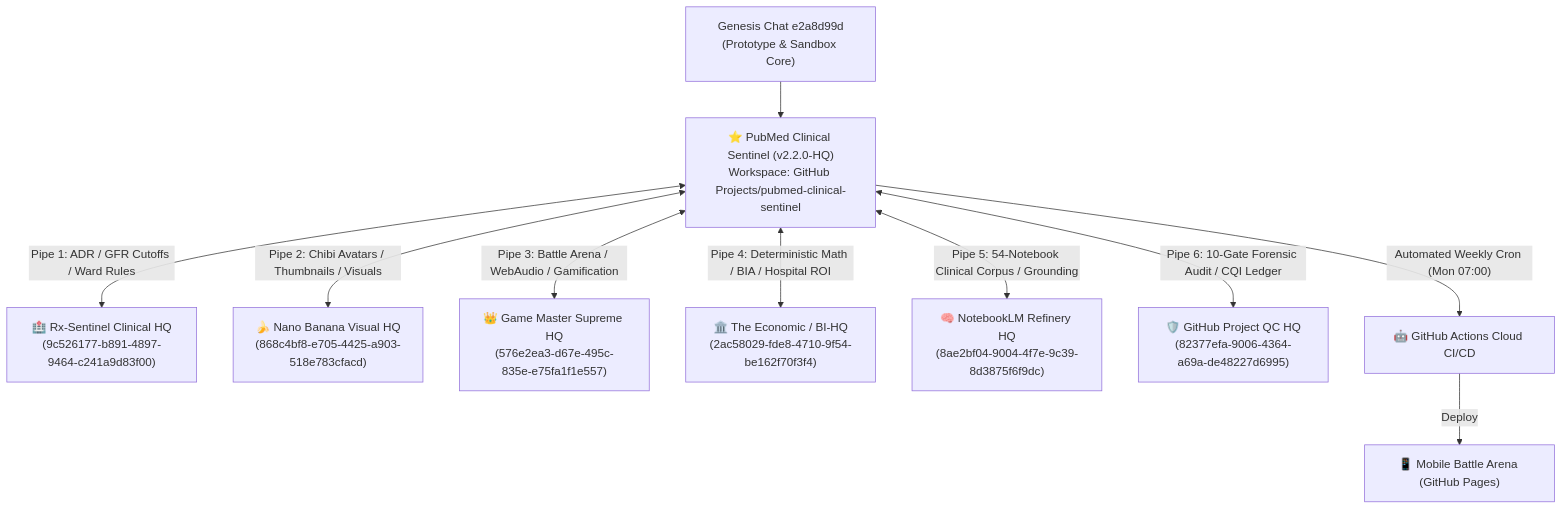
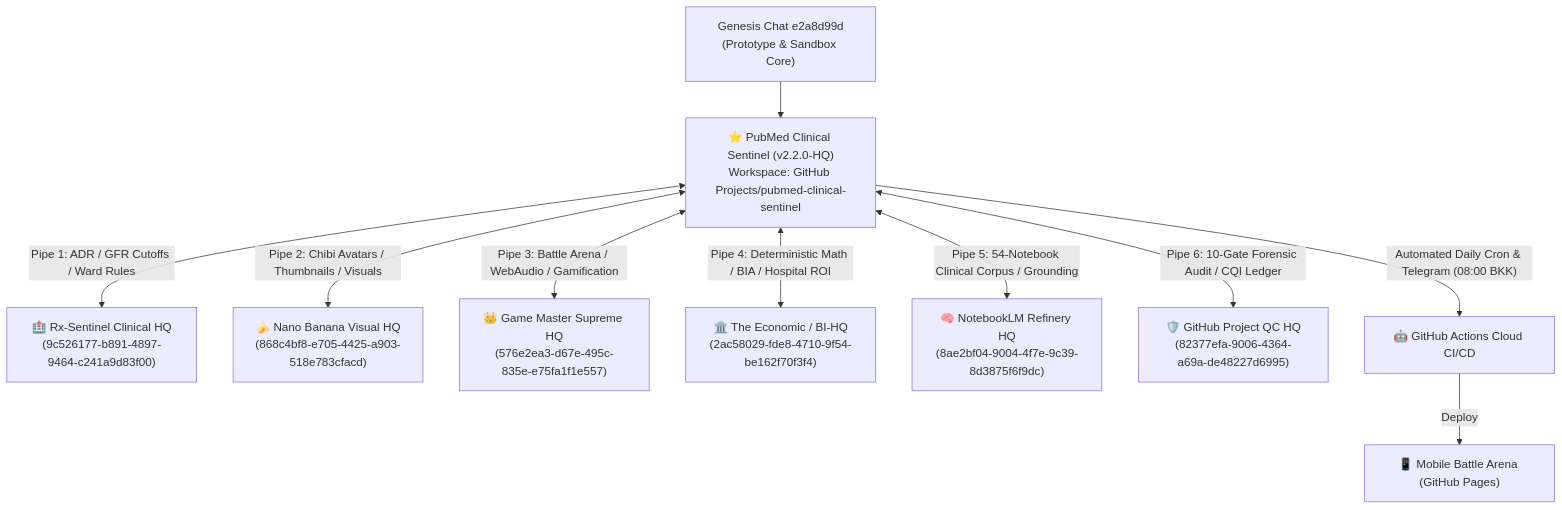
One commit to NutCodeLaw/pubmed-clinical-sentinel changed the diagram in ALLIED_HQ_HANDSHAKE_REGISTRY.md. Above: the diagram before and after it, drawn with Mermaid. The commit also changed other lines of this file and 8 other files, not shown here.

````diff
--- a/ALLIED_HQ_HANDSHAKE_REGISTRY.md
+++ b/ALLIED_HQ_HANDSHAKE_REGISTRY.md
@@ -23,14 +23,14 @@
 ```mermaid
 flowchart TD
     Origin["Genesis Chat e2a8d99d<br/>(Prototype & Sandbox Core)"] --> Sentinel["⭐ PubMed Clinical Sentinel (v2.2.0-HQ)<br/>Workspace: GitHub Projects/pubmed-clinical-sentinel"]
     
     Sentinel <-->|"Pipe 1: ADR / GFR Cutoffs / Ward Rules"| RxHQ["🏥 Rx-Sentinel Clinical HQ<br/>(9c526177-b891-4897-9464-c241a9d83f00)"]
     Sentinel <-->|"Pipe 2: Chibi Avatars / Thumbnails / Visuals"| VisualHQ["🍌 Nano Banana Visual HQ<br/>(868c4bf8-e705-4425-a903-518e783cfacd)"]
     Sentinel <-->|"Pipe 3: Battle Arena / WebAudio / Gamification"| GameHQ["👑 Game Master Supreme HQ<br/>(576e2ea3-d67e-495c-835e-e75fa1f1e557)"]
     Sentinel <-->|"Pipe 4: Deterministic Math / BIA / Hospital ROI"| BIHQ["🏛️ The Economic / BI-HQ<br/>(2ac58029-fde8-4710-9f54-be162f70f3f4)"]
     Sentinel <-->|"Pipe 5: 54-Notebook Clinical Corpus / Grounding"| NLMHQ["🧠 NotebookLM Refinery HQ<br/>(8ae2bf04-9004-4f7e-9c39-8d3875f6f9dc)"]
     Sentinel <-->|"Pipe 6: 10-Gate Forensic Audit / CQI Ledger"| QCHQ["🛡️ GitHub Project QC HQ<br/>(82377efa-9006-4364-a69a-de48227d6995)"]
     
-    Sentinel -->|"Automated Weekly Cron (Mon 07:00)"| GHA["🤖 GitHub Actions Cloud CI/CD"]
+    Sentinel -->|"Automated Daily Cron & Telegram (08:00 BKK)"| GHA["🤖 GitHub Actions Cloud CI/CD"]
     GHA -->|"Deploy"| Pages["📱 Mobile Battle Arena (GitHub Pages)"]
 ```
````
